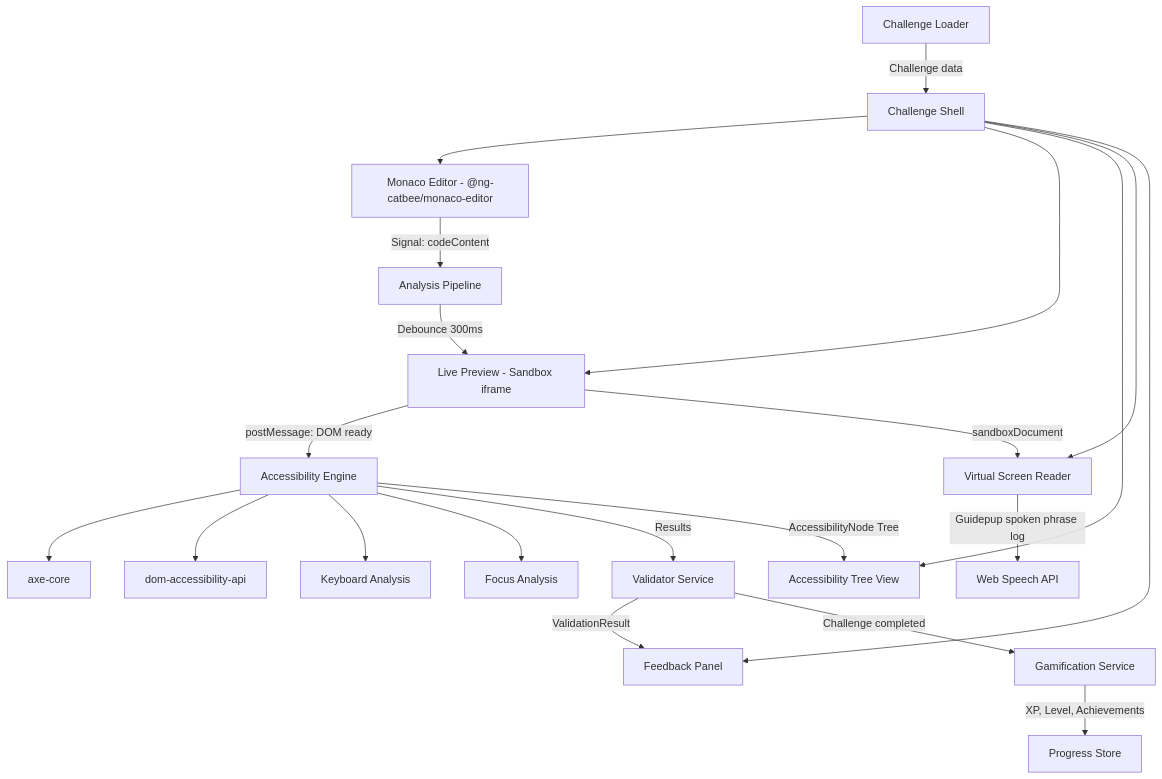
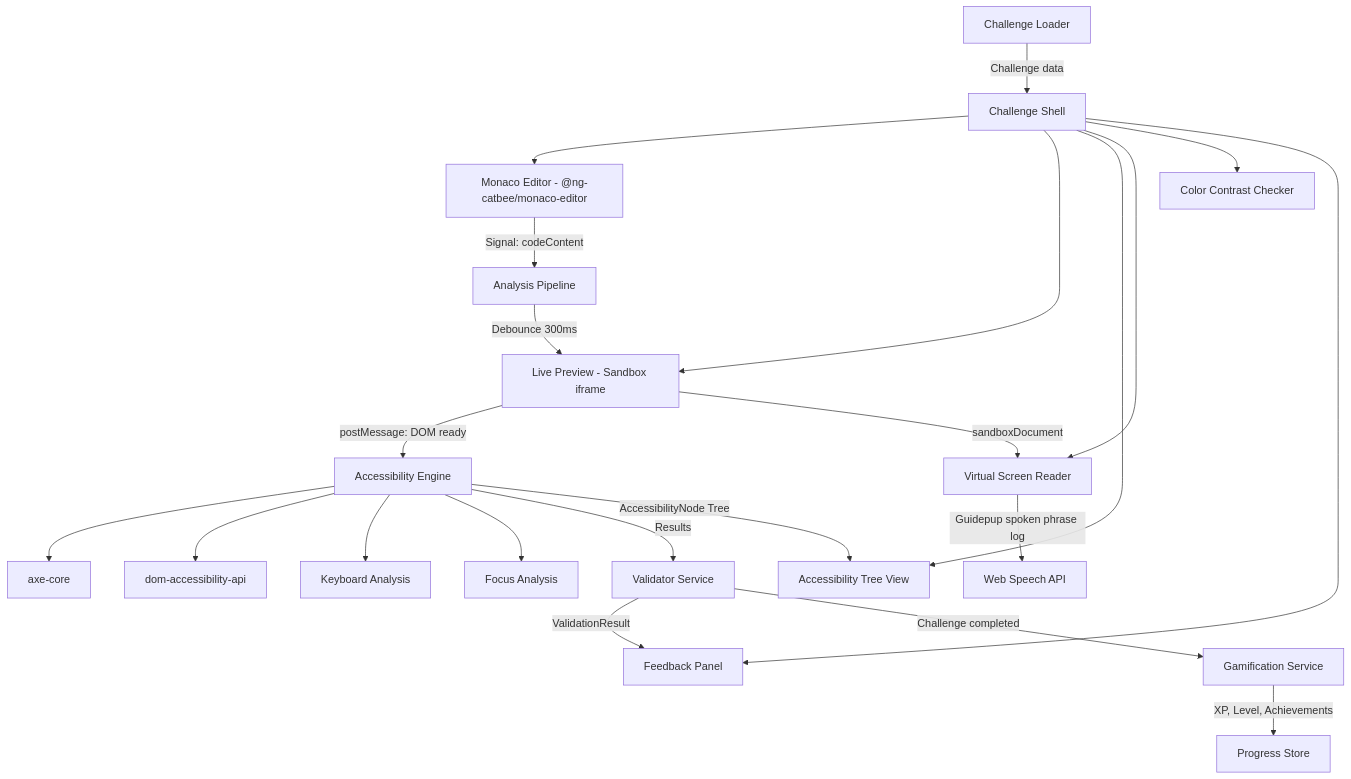
One commit to d-koppenhagen/practica11y changed the first of 2 diagrams in docs/architecture.md. Above: the diagram before and after it, drawn with Mermaid. The commit also changed other lines of this file and 42 other files, not shown here.

First line of the commit message:
feat(color-contrast-checker): add color contrast inspection panel and sandbox tooling

````diff
--- a/docs/architecture.md
+++ b/docs/architecture.md
@@ -9,25 +9,26 @@
 ```mermaid
 graph TD
     A[Challenge Loader] -->|Challenge data| B[Challenge Shell]
     B --> C[Monaco Editor - @ng-catbee/monaco-editor]
     B --> D[Live Preview - Sandbox iframe]
     B --> E[Accessibility Tree View]
     B --> P[Virtual Screen Reader]
+    B --> CC[Color Contrast Checker]
     B --> F[Feedback Panel]
 
     C -->|Signal: codeContent| G[Analysis Pipeline]
     G -->|Debounce 300ms| D
     D -->|postMessage: DOM ready| H[Accessibility Engine]
     H --> I[axe-core]
     H --> J[dom-accessibility-api]
     H --> K[Keyboard Analysis]
     H --> L[Focus Analysis]
     H -->|Results| M[Validator Service]
     M -->|ValidationResult| F
     H -->|AccessibilityNode Tree| E
     D -->|sandboxDocument| P
     P -->|Guidepup spoken phrase log| Q[Web Speech API]
 
     N[Gamification Service] -->|XP, Level, Achievements| O[Progress Store]
     M -->|Challenge completed| N
 ```
````
